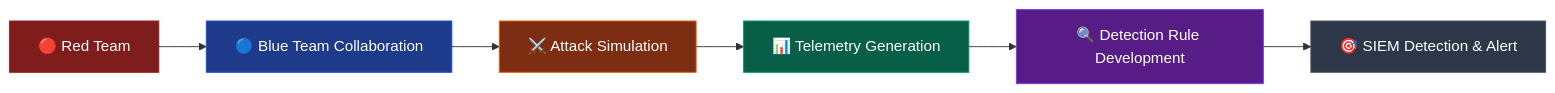
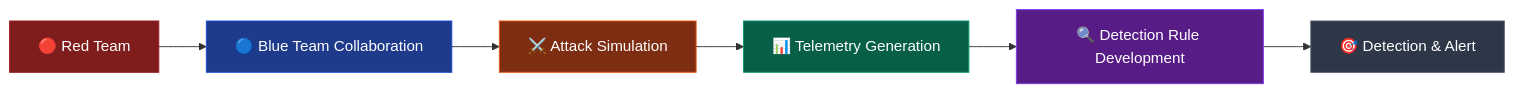
One commit to josamontiel/Detection-Engineering-Framework changed the third of 3 diagrams in development-phase-A.md. Above: the diagram before and after it, drawn with Mermaid. The commit also changed other lines of this file, not shown here.

````diff
--- a/development-phase-A.md
+++ b/development-phase-A.md
@@ -121,15 +119,15 @@
 ```mermaid
 graph LR
     A[🔴 Red Team] --> B[🔵 Blue Team Collaboration]
     B --> C[⚔️ Attack Simulation]
     C --> D[📊 Telemetry Generation]
     D --> E[🔍 Detection Rule Development]
-    E --> F[🎯 SIEM Detection & Alert]
+    E --> F[🎯 Detection & Alert]
     
     style A fill:#7f1d1d,stroke:#991b1b,color:#ffffff
     style B fill:#1e3a8a,stroke:#1d4ed8,color:#ffffff
     style C fill:#7c2d12,stroke:#ea580c,color:#ffffff
     style D fill:#065f46,stroke:#059669,color:#ffffff
     style E fill:#581c87,stroke:#7c3aed,color:#ffffff
     style F fill:#2d3748,stroke:#4a5568,color:#ffffff
 ```
````
